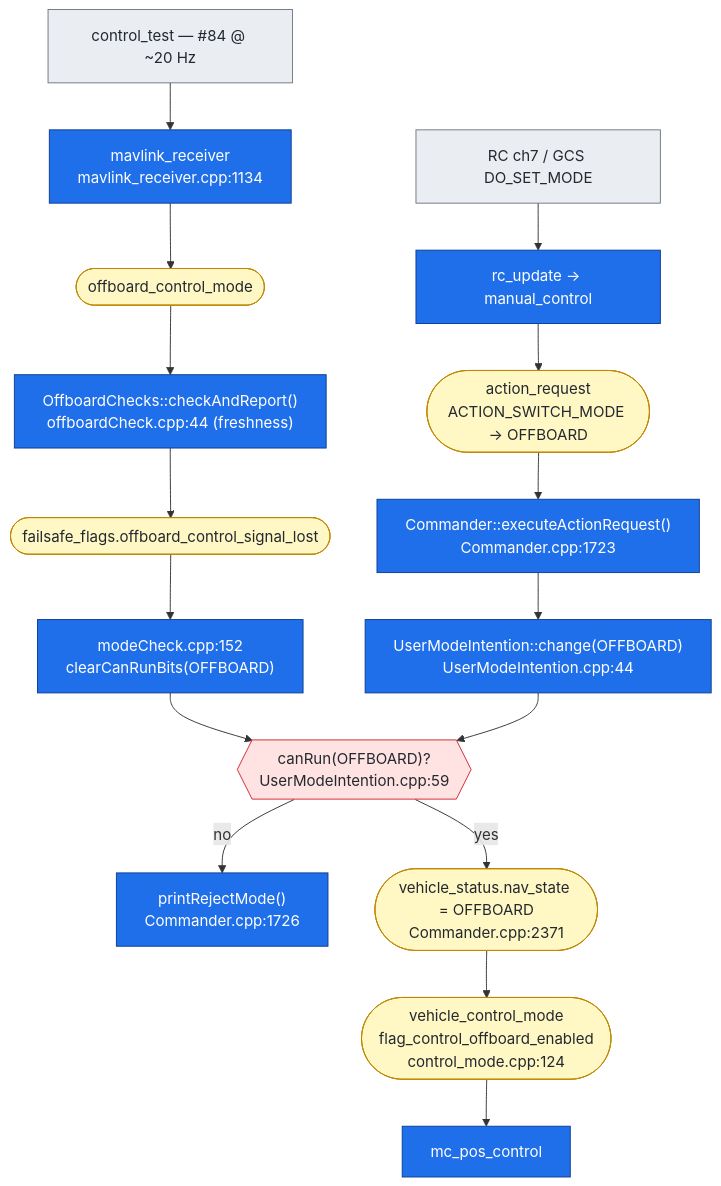
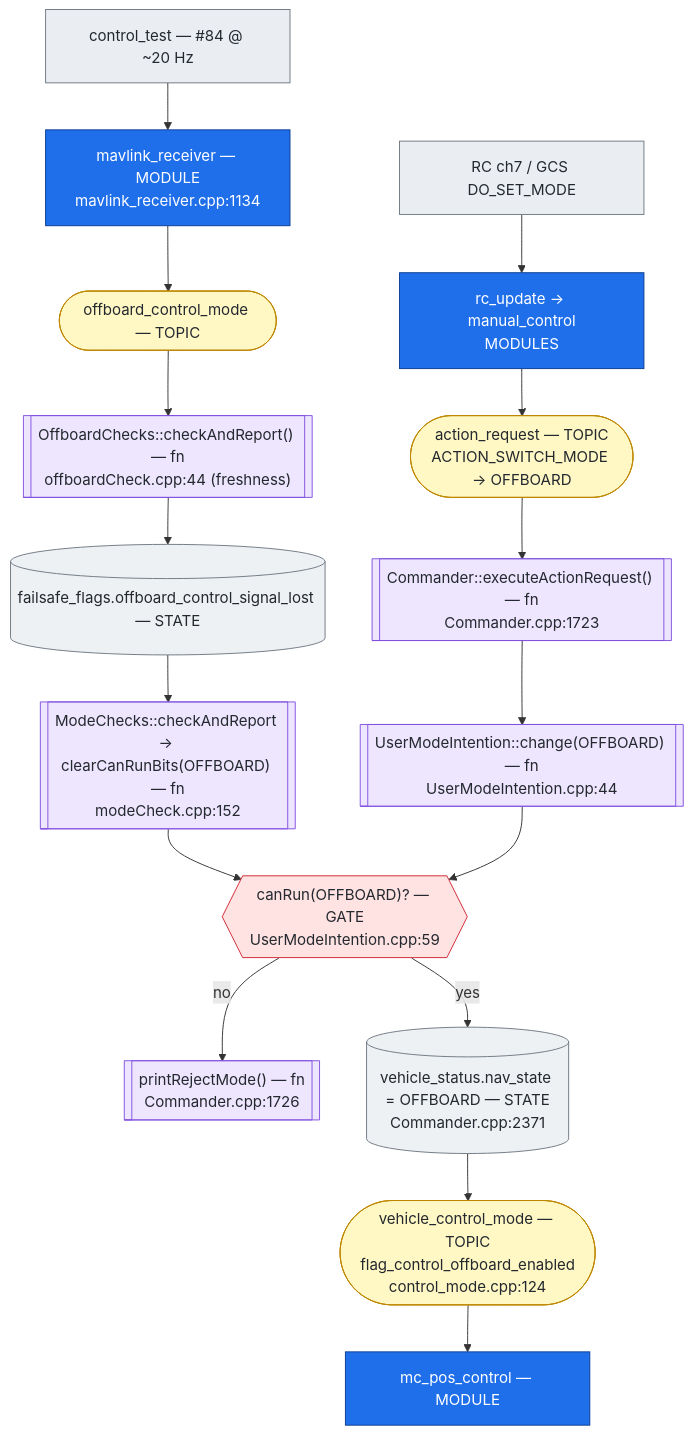
One commit to ubicoders/PX4-Autopilot changed the first of 3 diagrams in offboard.md. Above: the diagram before and after it, drawn with Mermaid. The commit also changed other lines of this file and 2 other files, not shown here.

````diff
--- a/offboard.md
+++ b/offboard.md
@@ -58,28 +58,30 @@
 ```mermaid
 flowchart TB
   classDef mod  fill:#1f6feb,color:#ffffff,stroke:#0b3d91,stroke-width:1px;
+  classDef fn   fill:#eee6ff,color:#24292f,stroke:#8250df,stroke-width:1px;
   classDef orb  fill:#fff8c5,color:#24292f,stroke:#bf8700,stroke-width:1px;
+  classDef st   fill:#eef1f4,color:#24292f,stroke:#6e7781,stroke-width:1px;
+  classDef gate fill:#ffe3e3,color:#24292f,stroke:#d1242f,stroke-width:1px;
   classDef ext  fill:#eaeef2,color:#24292f,stroke:#6e7781,stroke-width:1px;
-  classDef gate fill:#ffe3e3,color:#24292f,stroke:#d1242f,stroke-width:1px;
 
-  %% Gate 1 - request
-  RC["RC ch7 / GCS DO_SET_MODE"]:::ext --> RCU["rc_update → manual_control"]:::mod
-  RCU --> AR(["action_request<br/>ACTION_SWITCH_MODE → OFFBOARD"]):::orb
-  AR --> EAR["Commander::executeActionRequest()<br/>Commander.cpp:1723"]:::mod
-  EAR --> CHG["UserModeIntention::change(OFFBOARD)<br/>UserModeIntention.cpp:44"]:::mod
+  %% Gate 1 - request   (blue=module, lavender=function, yellow=topic)
+  RC["RC ch7 / GCS DO_SET_MODE"]:::ext --> RCU["rc_update → manual_control<br/>MODULES"]:::mod
+  RCU --> AR(["action_request — TOPIC<br/>ACTION_SWITCH_MODE → OFFBOARD"]):::orb
+  AR --> EAR[["Commander::executeActionRequest() — fn<br/>Commander.cpp:1723"]]:::fn
+  EAR --> CHG[["UserModeIntention::change(OFFBOARD) — fn<br/>UserModeIntention.cpp:44"]]:::fn
 
-  %% Gate 2 - heartbeat
-  COMP["control_test — #84 @ ~20 Hz"]:::ext --> RXR["mavlink_receiver<br/>mavlink_receiver.cpp:1134"]:::mod
-  RXR --> OCM(["offboard_control_mode"]):::orb
-  OCM --> OC["OffboardChecks::checkAndReport()<br/>offboardCheck.cpp:44 (freshness)"]:::mod
-  OC --> FF(["failsafe_flags.offboard_control_signal_lost"]):::orb
-  FF --> MC["modeCheck.cpp:152<br/>clearCanRunBits(OFFBOARD)"]:::mod
+  %% Gate 2 - heartbeat   (grey cylinder=state/field)
+  COMP["control_test — #84 @ ~20 Hz"]:::ext --> RXR["mavlink_receiver — MODULE<br/>mavlink_receiver.cpp:1134"]:::mod
+  RXR --> OCM(["offboard_control_mode — TOPIC"]):::orb
+  OCM --> OC[["OffboardChecks::checkAndReport() — fn<br/>offboardCheck.cpp:44 (freshness)"]]:::fn
+  OC --> FF[("failsafe_flags.offboard_control_signal_lost — STATE")]:::st
+  FF --> MC[["ModeChecks::checkAndReport → clearCanRunBits(OFFBOARD) — fn<br/>modeCheck.cpp:152"]]:::fn
 
   %% the AND
-  MC --> CR{{"canRun(OFFBOARD)?<br/>UserModeIntention.cpp:59"}}:::gate
+  MC --> CR{{"canRun(OFFBOARD)? — GATE<br/>UserModeIntention.cpp:59"}}:::gate
   CHG --> CR
-  CR -- "no" --> REJ["printRejectMode()<br/>Commander.cpp:1726"]:::mod
-  CR -- "yes" --> NAV(["vehicle_status.nav_state = OFFBOARD<br/>Commander.cpp:2371"]):::orb
-  NAV --> VCM(["vehicle_control_mode<br/>flag_control_offboard_enabled<br/>control_mode.cpp:124"]):::orb
-  VCM --> POS["mc_pos_control"]:::mod
+  CR -- "no" --> REJ[["printRejectMode() — fn<br/>Commander.cpp:1726"]]:::fn
+  CR -- "yes" --> NAV[("vehicle_status.nav_state = OFFBOARD — STATE<br/>Commander.cpp:2371")]:::st
+  NAV --> VCM(["vehicle_control_mode — TOPIC<br/>flag_control_offboard_enabled<br/>control_mode.cpp:124"]):::orb
+  VCM --> POS["mc_pos_control — MODULE"]:::mod
 ```
````
